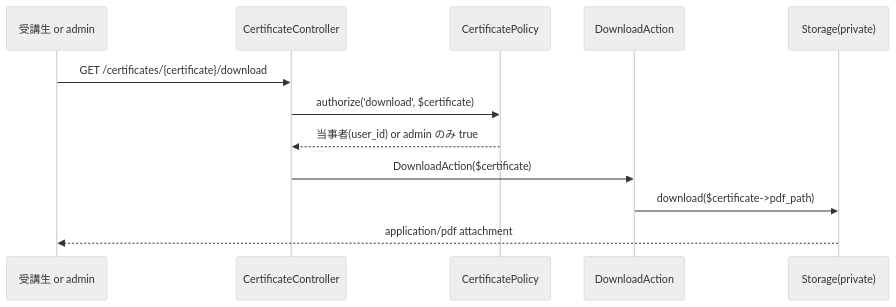
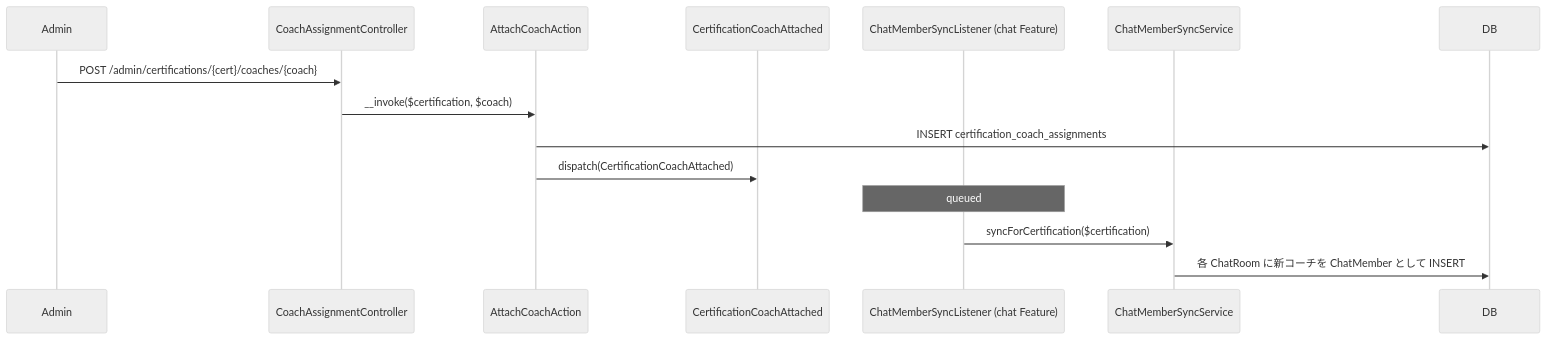
One commit to coachtech-mockcase-second/ExampleAnswer-mockcase-CertifyLMS changed the second of 3 diagrams in docs/specs/certification-management/design.md. Above: the diagram before and after it, drawn with Mermaid (neutral theme). The commit also changed other lines of this file and 67 other files, not shown here.

````diff
--- a/docs/specs/certification-management/design.md
+++ b/docs/specs/certification-management/design.md
@@ -164,15 +61,17 @@
 ```mermaid
 sequenceDiagram
-    participant U as 受講生 or admin
-    participant CRT as CertificateController
-    participant Pol as CertificatePolicy
-    participant Act as DownloadAction
-    participant Storage as Storage(private)
+    participant Admin
+    participant CAC as CoachAssignmentController
+    participant Action as AttachCoachAction
+    participant Event as CertificationCoachAttached
+    participant Listener as ChatMemberSyncListener (chat Feature)
+    participant CMSync as ChatMemberSyncService
 
-    U->>CRT: GET /certificates/{certificate}/download
-    CRT->>Pol: authorize('download', $certificate)
-    Pol-->>CRT: 当事者(user_id) or admin のみ true
-    CRT->>Act: DownloadAction($certificate)
-    Act->>Storage: download($certificate->pdf_path)
-    Storage-->>U: application/pdf attachment
+    Admin->>CAC: POST /admin/certifications/{cert}/coaches/{coach}
+    CAC->>Action: __invoke($certification, $coach)
+    Action->>DB: INSERT certification_coach_assignments
+    Action->>Event: dispatch(CertificationCoachAttached)
+    Note over Listener: queued
+    Listener->>CMSync: syncForCertification($certification)
+    CMSync->>DB: 各 ChatRoom に新コーチを ChatMember として INSERT
 ```
````
